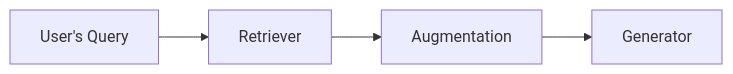
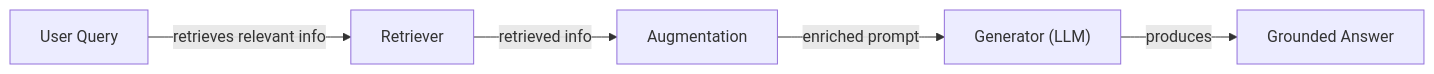
The first of 4 diagrams in RL_researcher_writer_ymaxing/rl_training_data/noise_experiment/09_RAG__var_standard__replicate1__preset0/article.md (YMaXing/Research-Agent-reinforced-by-RL), drawn with Mermaid before and after one commit. The commit also changed other lines of this file and 4528 other files, not shown here.

````diff
--- a/RL_researcher_writer_ymaxing/rl_training_data/noise_experiment/09_RAG__var_standard__replicate1__preset0/article.md
+++ b/RL_researcher_writer_ymaxing/rl_training_data/noise_experiment/09_RAG__var_standard__replicate1__preset0/article.md
@@ -17,6 +27,7 @@
 ```mermaid
 flowchart LR
-  A["User's Query"] --> B["Retriever"]
-  B --> C["Augmentation"]
-  C --> D["Generator"]
+  A["User Query"] -->|"retrieves relevant info"| B["Retriever"]
+  B -->|"retrieved info"| C["Augmentation"]
+  C -->|"enriched prompt"| D["Generator (LLM)"]
+  D -->|"produces"| E["Grounded Answer"]
 ```
````
